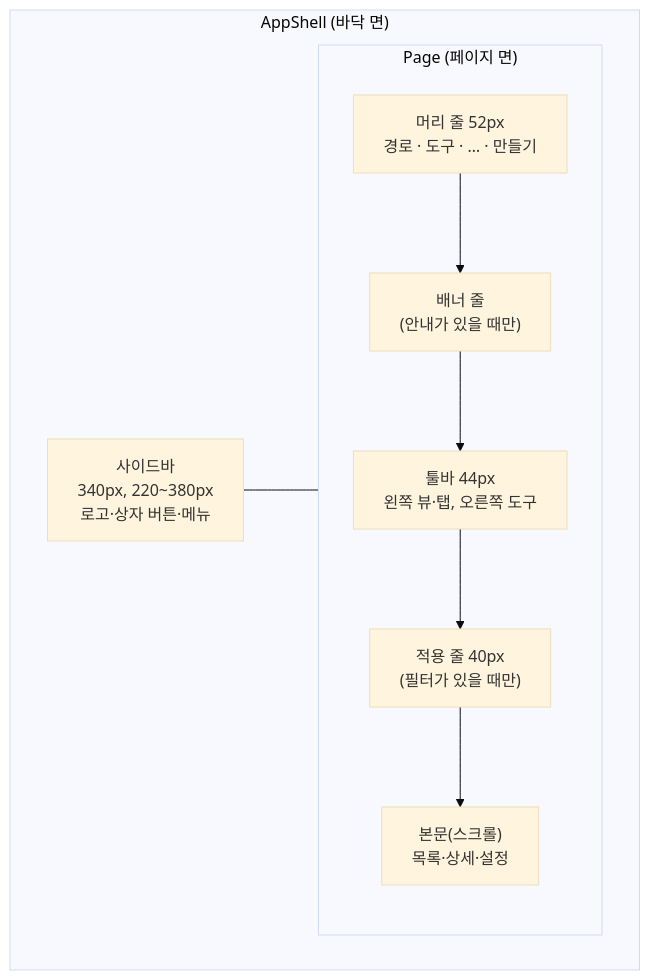
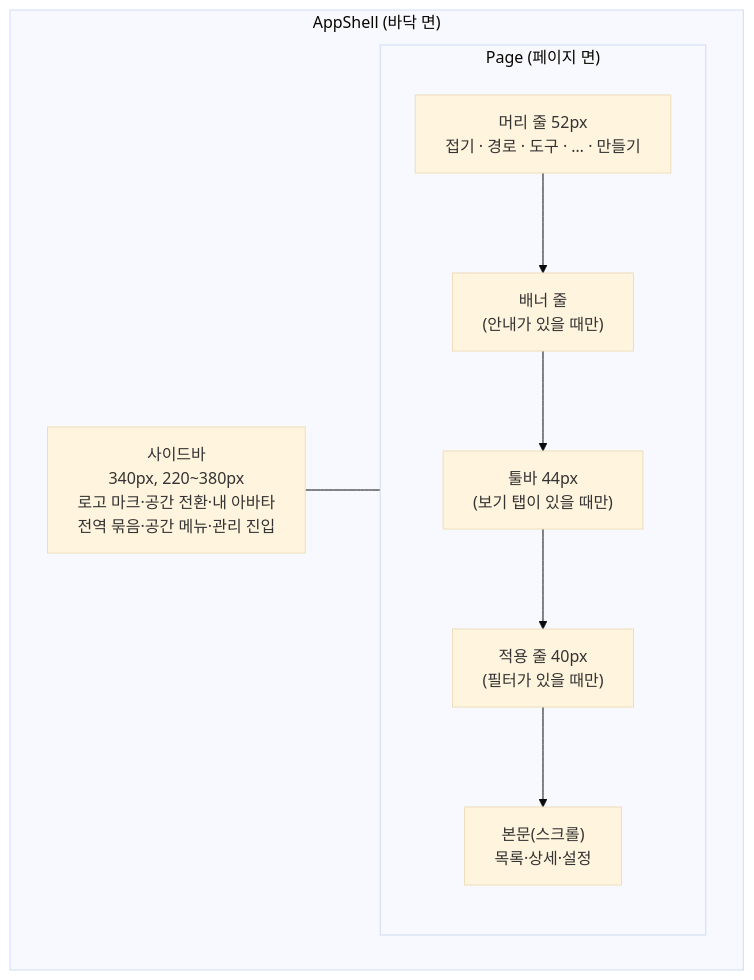
The first of 3 diagrams in apps/site/content/architecture/8-6.mdx (dev-goraebap/dev.goraebap), drawn with Mermaid (base theme) before and after one commit. The commit also changed other lines of this file and 745 other files, not shown here.

````diff
--- a/apps/site/content/architecture/8-6.mdx
+++ b/apps/site/content/architecture/8-6.mdx
@@ -14,17 +14,17 @@
 ```mermaid
 flowchart LR
   subgraph SHELL["AppShell (바닥 면)"]
     direction LR
-    NAV["사이드바<br/>340px, 220~380px<br/>로고·상자 버튼·메뉴"]
+    NAV["사이드바<br/>340px, 220~380px<br/>로고 마크·공간 전환·내 아바타<br/>전역 묶음·공간 메뉴·관리 진입"]
     subgraph PAGE["Page (페이지 면)"]
       direction TB
-      H["머리 줄 52px<br/>경로 · 도구 · … · 만들기"]
+      H["머리 줄 52px<br/>접기 · 경로 · 도구 · … · 만들기"]
       B["배너 줄<br/>(안내가 있을 때만)"]
-      TOOL["툴바 44px<br/>왼쪽 뷰·탭, 오른쪽 도구"]
+      TOOL["툴바 44px<br/>(보기 탭이 있을 때만)"]
       F["적용 줄 40px<br/>(필터가 있을 때만)"]
       BODY["본문(스크롤)<br/>목록·상세·설정"]
       H --> B --> TOOL --> F --> BODY
     end
     NAV --- PAGE
   end
 ```
````
